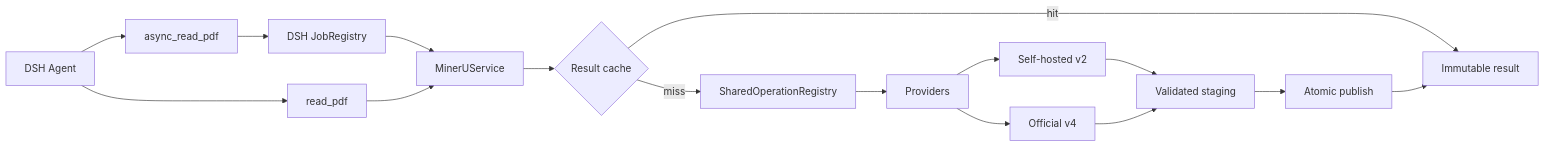
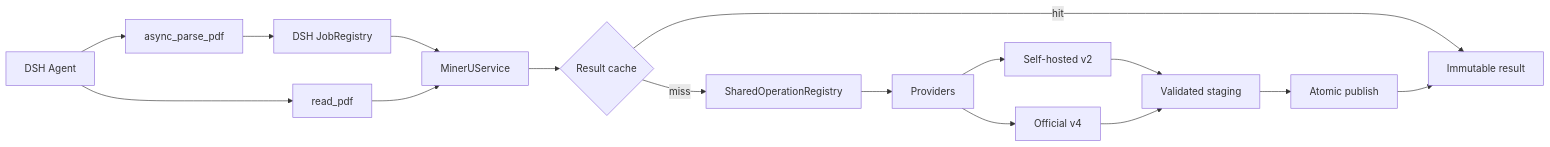
The diagram in README.md (Yurzi/dsh-pdf-mineru), drawn with Mermaid before and after one commit. The commit also changed other lines of this file and 24 other files, not shown here.

First line of the commit message:
refactor(tools): decouple tool interfaces to read_pdf and async_parse_pdf

````diff
--- a/README.md
+++ b/README.md
@@ -135,20 +133,20 @@
 ```mermaid
 flowchart LR
     Agent[DSH Agent] --> Sync[read_pdf]
-    Agent --> Async[async_read_pdf]
+    Agent --> Async[async_parse_pdf]
 
     Async --> Jobs[DSH JobRegistry]
     Jobs --> Service[MinerUService]
     Sync --> Service
 
     Service --> Cache{Result cache}
     Cache -->|hit| Result[Immutable result]
     Cache -->|miss| Shared[SharedOperationRegistry]
     Shared --> Providers
     Providers --> V2[Self-hosted v2]
     Providers --> V4[Official v4]
     V2 --> Staging[Validated staging]
     V4 --> Staging
     Staging --> Publish[Atomic publish]
     Publish --> Result
 ```
````
